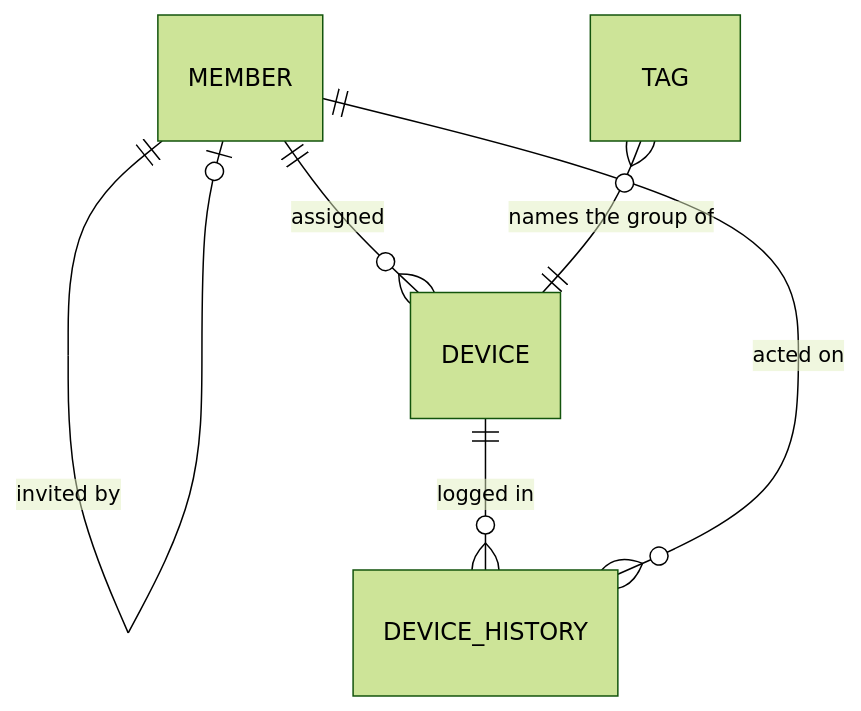
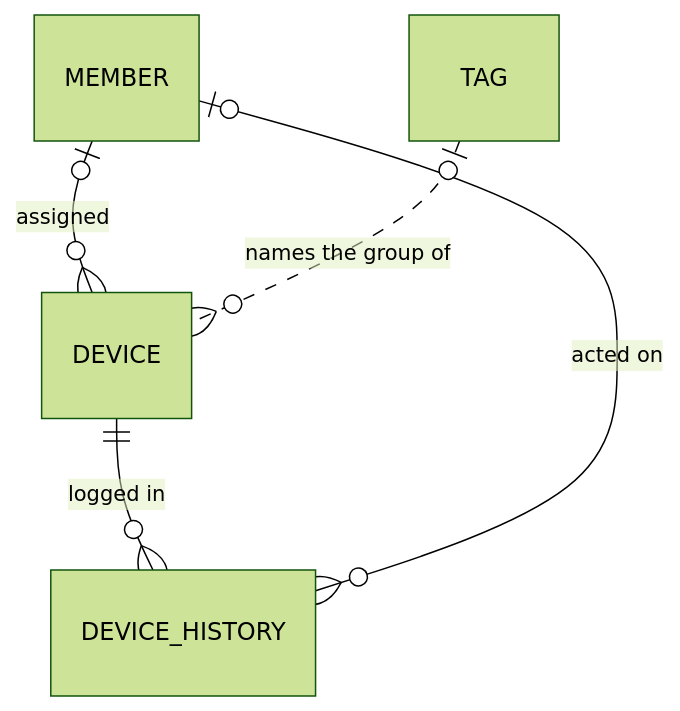
One commit to explore-de/Treasure changed the diagram in README.md. Above: the diagram before and after it, drawn with Mermaid (forest theme). The commit also changed other lines of this file, not shown here.

````diff
--- a/README.md
+++ b/README.md
@@ -78,8 +78,7 @@
 ```mermaid
 erDiagram
-    MEMBER ||--o| MEMBER : "invited by"
-    MEMBER ||--o{ DEVICE : "assigned"
+    MEMBER |o--o{ DEVICE : "assigned"
     DEVICE ||--o{ DEVICE_HISTORY : "logged in"
-    MEMBER ||--o{ DEVICE_HISTORY : "acted on"
-    TAG }o--|| DEVICE : "names the group of"
+    MEMBER |o--o{ DEVICE_HISTORY : "acted on"
+    TAG |o..o{ DEVICE : "names the group of"
 ```
````
